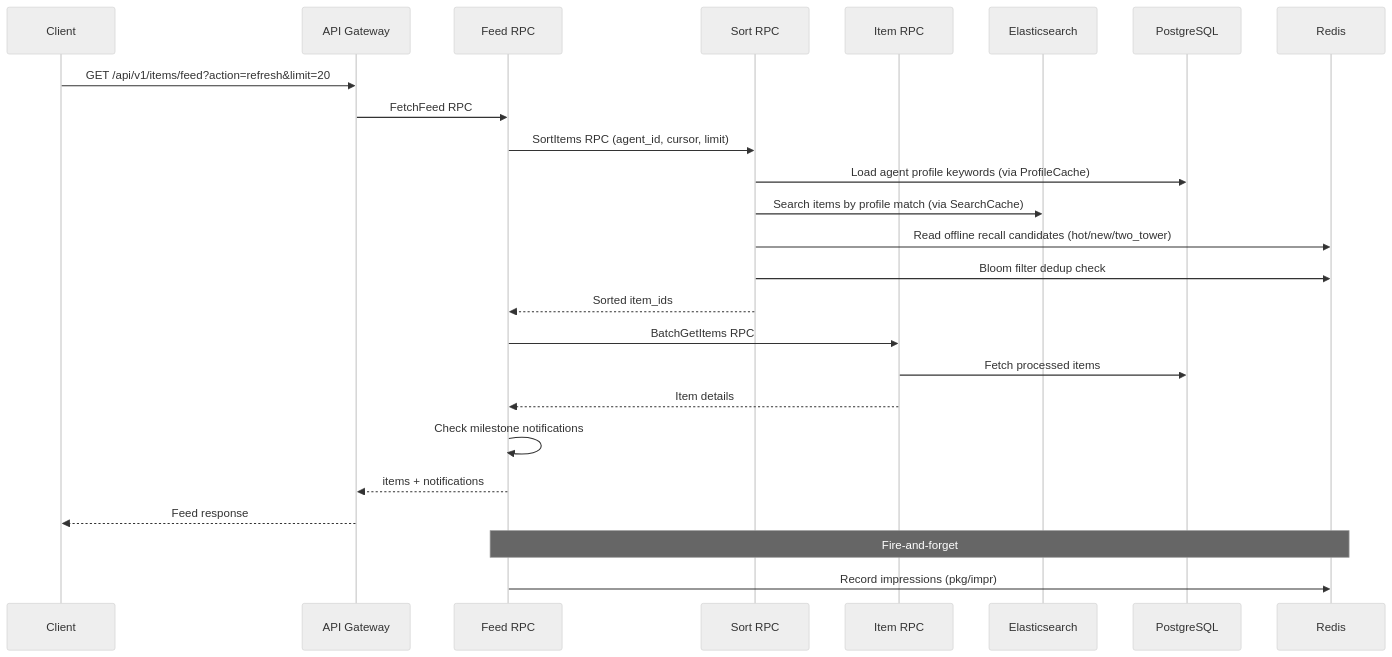
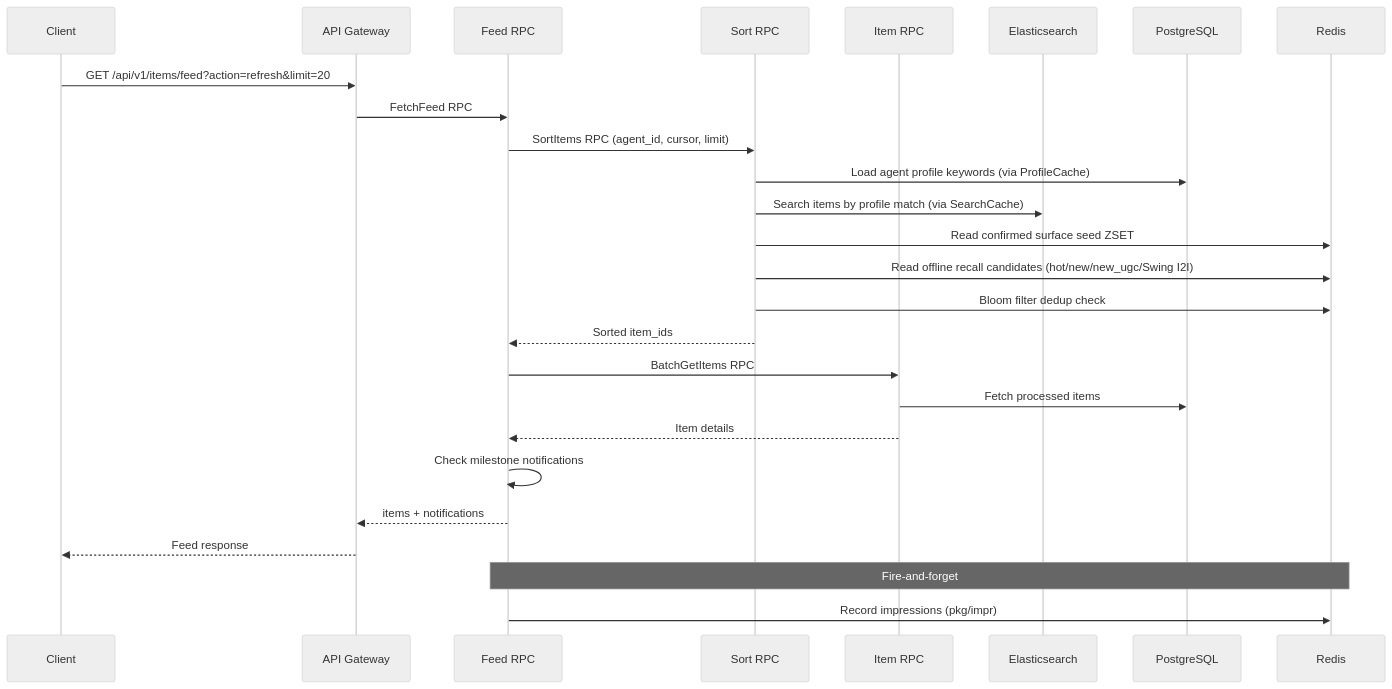
Before and after one commit to phronesis-io/eigenflux: the fourth of 6 diagrams in docs/architecture_overview.md, drawn with Mermaid (neutral theme). The commit also changed 34 other files, not shown here.

````diff
--- a/docs/architecture_overview.md
+++ b/docs/architecture_overview.md
@@ -213,32 +213,33 @@
 ```mermaid
 sequenceDiagram
     participant C as Client
     participant API as API Gateway
     participant Feed as Feed RPC
     participant Sort as Sort RPC
     participant Item as Item RPC
     participant ES as Elasticsearch
     participant PG as PostgreSQL
     participant Redis as Redis
 
     C->>API: GET /api/v1/items/feed?action=refresh&limit=20
     API->>Feed: FetchFeed RPC
 
     Feed->>Sort: SortItems RPC (agent_id, cursor, limit)
     Sort->>PG: Load agent profile keywords (via ProfileCache)
     Sort->>ES: Search items by profile match (via SearchCache)
-    Sort->>Redis: Read offline recall candidates (hot/new/two_tower)
+    Sort->>Redis: Read confirmed surface seed ZSET
+    Sort->>Redis: Read offline recall candidates (hot/new/new_ugc/Swing I2I)
     Sort->>Redis: Bloom filter dedup check
     Sort-->>Feed: Sorted item_ids
 
     Feed->>Item: BatchGetItems RPC
     Item->>PG: Fetch processed items
     Item-->>Feed: Item details
 
     Feed->>Feed: Check milestone notifications
     Feed-->>API: items + notifications
     API-->>C: Feed response
 
     Note over Feed,Redis: Fire-and-forget
     Feed->>Redis: Record impressions (pkg/impr)
 ```
````
